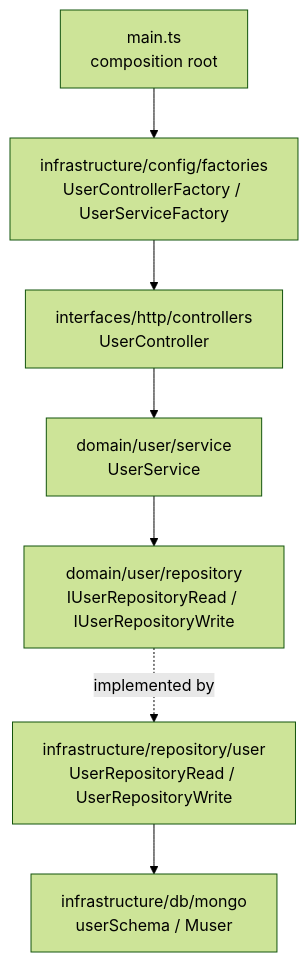
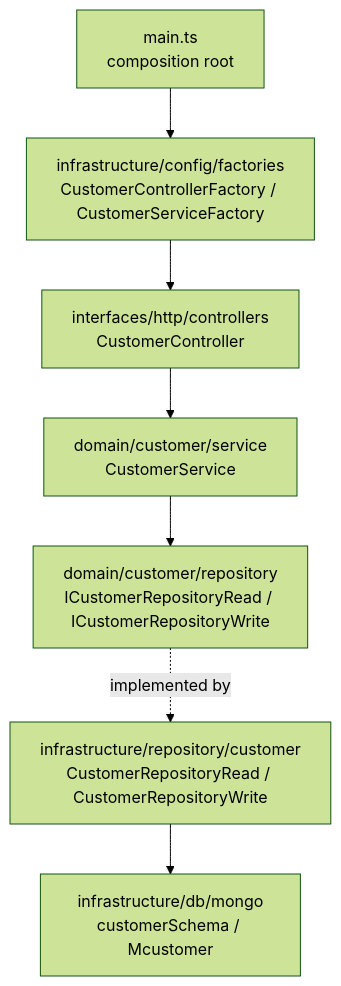
One commit to Gabriellsa7/digital-menu-backend changed the diagram in docs/architecture.md. Above: the diagram before and after it, drawn with Mermaid (forest theme). The commit also changed other lines of this file and 4 other files, not shown here.

Commit message:
docs: replace user slice examples with customer slice

````diff
--- a/docs/architecture.md
+++ b/docs/architecture.md
@@ -8,9 +8,9 @@
 ```mermaid
 graph TD
-    A[main.ts<br/>composition root] --> B[infrastructure/config/factories<br/>UserControllerFactory / UserServiceFactory]
-    B --> C[interfaces/http/controllers<br/>UserController]
-    C --> D[domain/user/service<br/>UserService]
-    D --> E[domain/user/repository<br/>IUserRepositoryRead / IUserRepositoryWrite]
-    E -.implemented by.-> F[infrastructure/repository/user<br/>UserRepositoryRead / UserRepositoryWrite]
-    F --> G[infrastructure/db/mongo<br/>userSchema / Muser]
+    A[main.ts<br/>composition root] --> B[infrastructure/config/factories<br/>CustomerControllerFactory / CustomerServiceFactory]
+    B --> C[interfaces/http/controllers<br/>CustomerController]
+    C --> D[domain/customer/service<br/>CustomerService]
+    D --> E[domain/customer/repository<br/>ICustomerRepositoryRead / ICustomerRepositoryWrite]
+    E -.implemented by.-> F[infrastructure/repository/customer<br/>CustomerRepositoryRead / CustomerRepositoryWrite]
+    F --> G[infrastructure/db/mongo<br/>customerSchema / Mcustomer]
 ```
````
